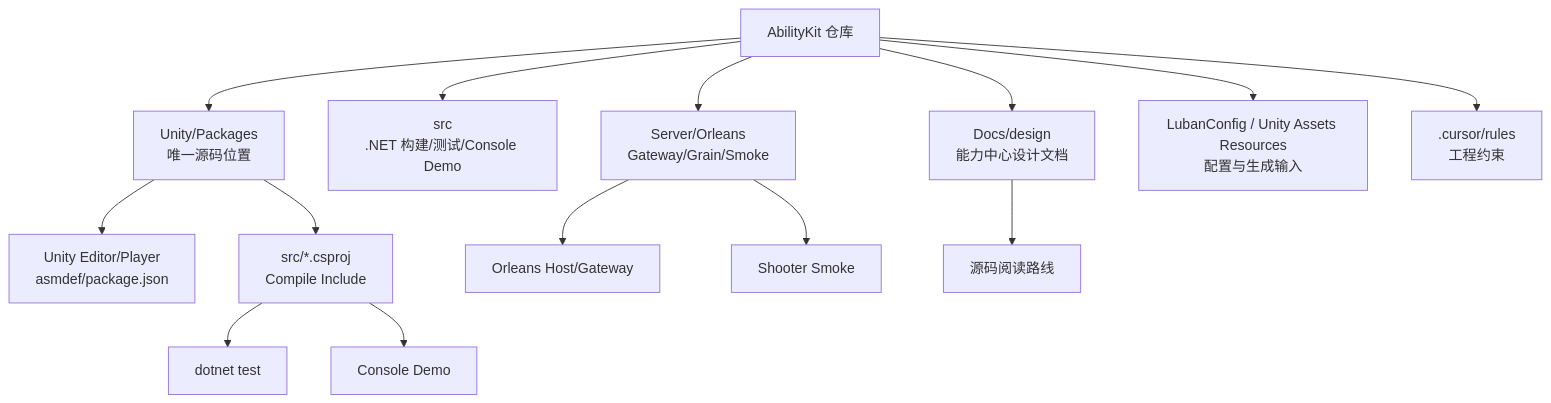
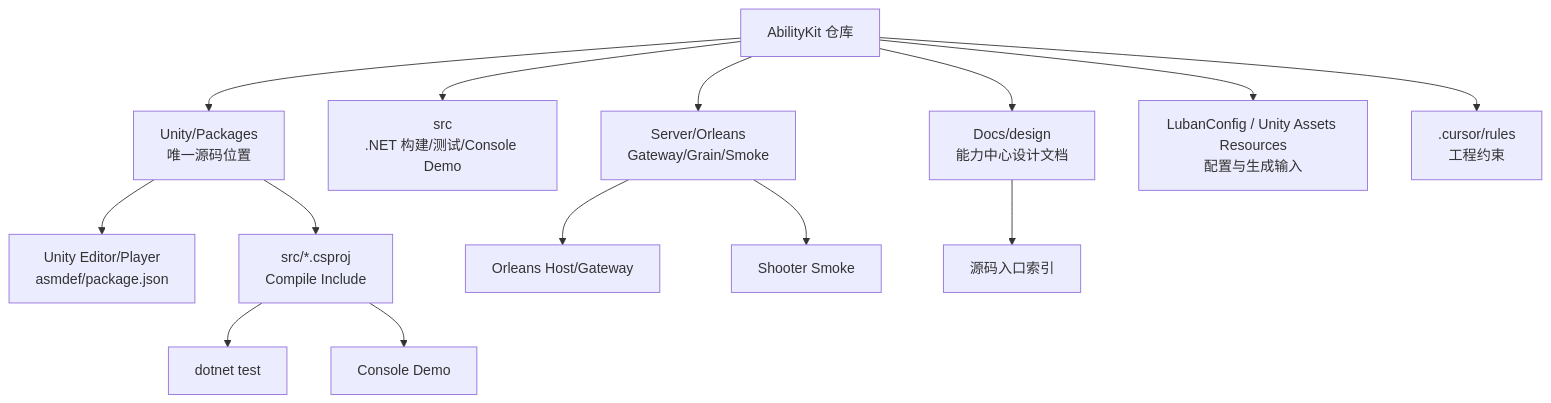
The first of 10 diagrams in Docs/design/01-OverviewAndGettingStarted/04-ProjectStructure.md (Kurumioi/AbilityKit), drawn with Mermaid before and after one commit. The commit also changed other lines of this file and 112 other files, not shown here.

````diff
--- a/Docs/design/01-OverviewAndGettingStarted/04-ProjectStructure.md
+++ b/Docs/design/01-OverviewAndGettingStarted/04-ProjectStructure.md
@@ -11,18 +11,18 @@
 ```mermaid
 flowchart TB
     Root[AbilityKit 仓库]
     Root --> Packages[Unity/Packages<br/>唯一源码位置]
     Root --> Src[src<br/>.NET 构建/测试/Console Demo]
     Root --> Server[Server/Orleans<br/>Gateway/Grain/Smoke]
     Root --> Docs[Docs/design<br/>能力中心设计文档]
     Root --> Config[LubanConfig / Unity Assets Resources<br/>配置与生成输入]
     Root --> Rules[.cursor/rules<br/>工程约束]
 
     Packages --> Unity[Unity Editor/Player<br/>asmdef/package.json]
     Packages --> Csproj[src/*.csproj<br/>Compile Include]
     Csproj --> Tests[dotnet test]
     Csproj --> Console[Console Demo]
     Server --> Orleans[Orleans Host/Gateway]
     Server --> Smoke[Shooter Smoke]
-    Docs --> ReadPath[源码阅读路线]
+    Docs --> ReadPath[源码入口索引]
 ```
````
